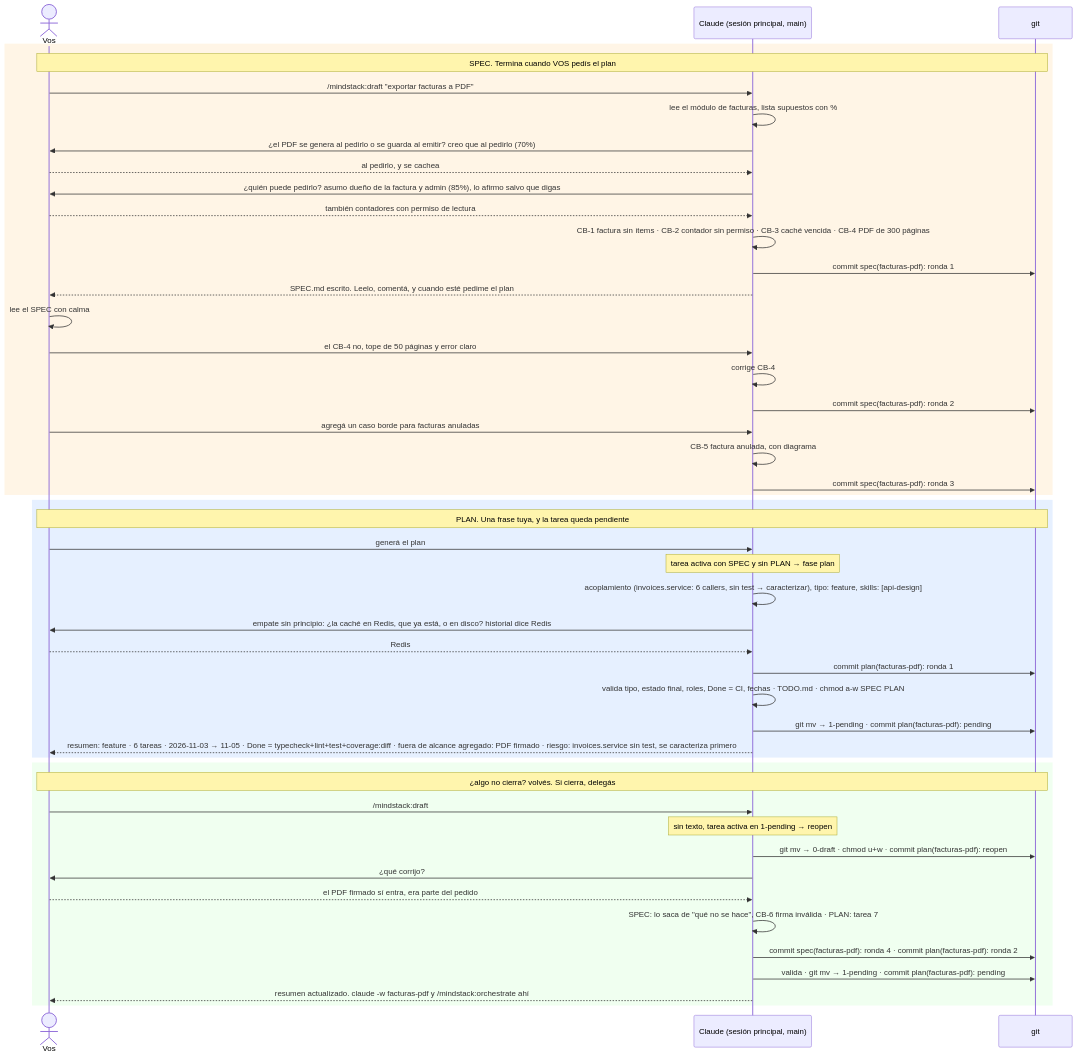
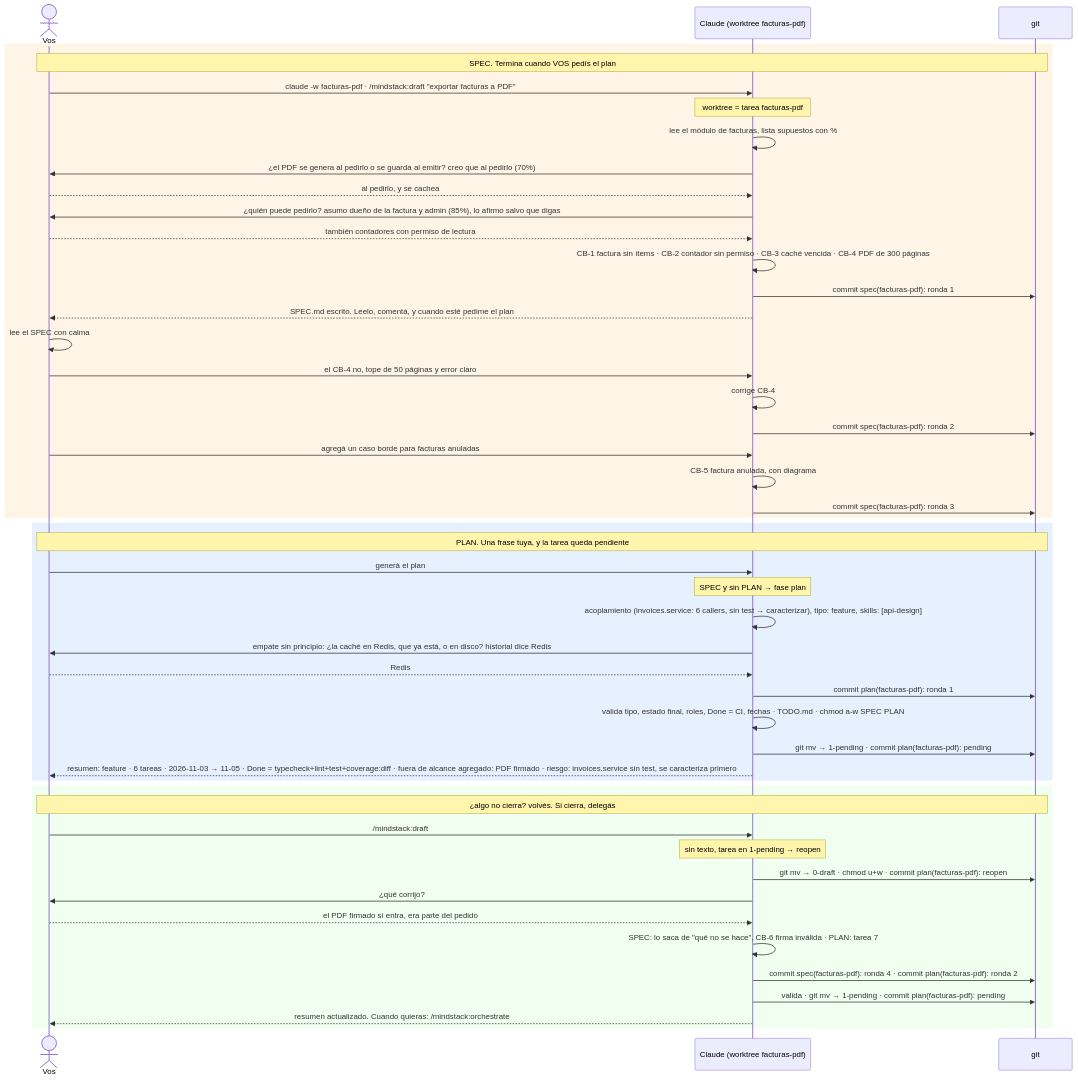
The diagram in use-cases/02-draft.md (octavio-parozlabs/mindstack), drawn with Mermaid before and after one commit. The commit also changed other lines of this file and 17 other files, not shown here.

````diff
--- a/use-cases/02-draft.md
+++ b/use-cases/02-draft.md
@@ -5,52 +5,53 @@
 ```mermaid
 sequenceDiagram
     actor U as Vos
-    participant C as Claude (sesión principal, main)
+    participant C as Claude (worktree facturas-pdf)
     participant G as git
 
     rect rgb(255, 245, 230)
     Note over U,G: SPEC. Termina cuando VOS pedís el plan
-    U->>C: /mindstack:draft "exportar facturas a PDF"
+    U->>C: claude -w facturas-pdf · /mindstack:draft "exportar facturas a PDF"
+    Note over C: worktree = tarea facturas-pdf
     C->>C: lee el módulo de facturas, lista supuestos con %
     C->>U: ¿el PDF se genera al pedirlo o se guarda al emitir? creo que al pedirlo (70%)
     U-->>C: al pedirlo, y se cachea
     C->>U: ¿quién puede pedirlo? asumo dueño de la factura y admin (85%), lo afirmo salvo que digas
     U-->>C: también contadores con permiso de lectura
     C->>C: CB-1 factura sin ítems · CB-2 contador sin permiso · CB-3 caché vencida · CB-4 PDF de 300 páginas
     C->>G: commit spec(facturas-pdf): ronda 1
     C-->>U: SPEC.md escrito. Leelo, comentá, y cuando esté pedime el plan
     U->>U: lee el SPEC con calma
     U->>C: el CB-4 no, tope de 50 páginas y error claro
     C->>C: corrige CB-4
     C->>G: commit spec(facturas-pdf): ronda 2
     U->>C: agregá un caso borde para facturas anuladas
     C->>C: CB-5 factura anulada, con diagrama
     C->>G: commit spec(facturas-pdf): ronda 3
     end
 
     rect rgb(230, 240, 255)
     Note over U,G: PLAN. Una frase tuya, y la tarea queda pendiente
     U->>C: generá el plan
-    Note over C: tarea activa con SPEC y sin PLAN → fase plan
+    Note over C: SPEC y sin PLAN → fase plan
     C->>C: acoplamiento (invoices.service: 6 callers, sin test → caracterizar), tipo: feature, skills: [api-design]
     C->>U: empate sin principio: ¿la caché en Redis, que ya está, o en disco? historial dice Redis
     U-->>C: Redis
     C->>G: commit plan(facturas-pdf): ronda 1
     C->>C: valida tipo, estado final, roles, Done = CI, fechas · TODO.md · chmod a-w SPEC PLAN
     C->>G: git mv → 1-pending · commit plan(facturas-pdf): pending
     C-->>U: resumen: feature · 6 tareas · 2026-11-03 → 11-05 · Done = typecheck+lint+test+coverage:diff · fuera de alcance agregado: PDF firmado · riesgo: invoices.service sin test, se caracteriza primero
     end
 
     rect rgb(240, 255, 240)
     Note over U,G: ¿algo no cierra? volvés. Si cierra, delegás
     U->>C: /mindstack:draft
-    Note over C: sin texto, tarea activa en 1-pending → reopen
+    Note over C: sin texto, tarea en 1-pending → reopen
     C->>G: git mv → 0-draft · chmod u+w · commit plan(facturas-pdf): reopen
     C->>U: ¿qué corrijo?
     U-->>C: el PDF firmado sí entra, era parte del pedido
     C->>C: SPEC: lo saca de "qué no se hace", CB-6 firma inválida · PLAN: tarea 7
     C->>G: commit spec(facturas-pdf): ronda 4 · commit plan(facturas-pdf): ronda 2
     C->>G: valida · git mv → 1-pending · commit plan(facturas-pdf): pending
-    C-->>U: resumen actualizado. claude -w facturas-pdf y /mindstack:orchestrate ahí
+    C-->>U: resumen actualizado. Cuando quieras: /mindstack:orchestrate
     end
 ```
````
